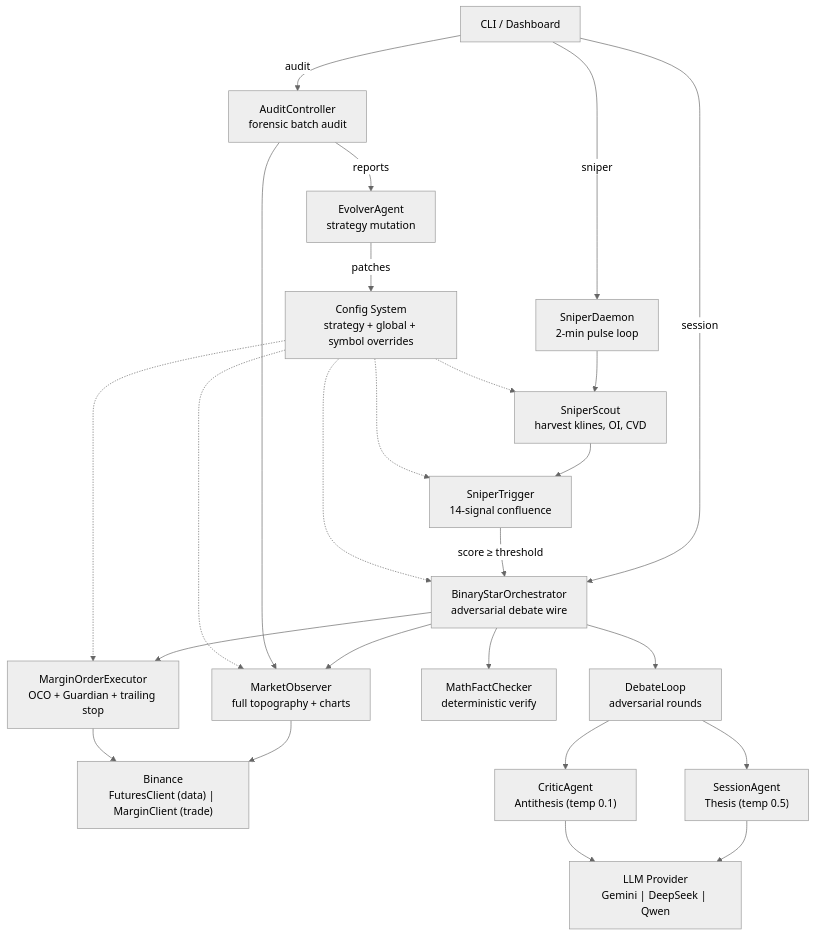
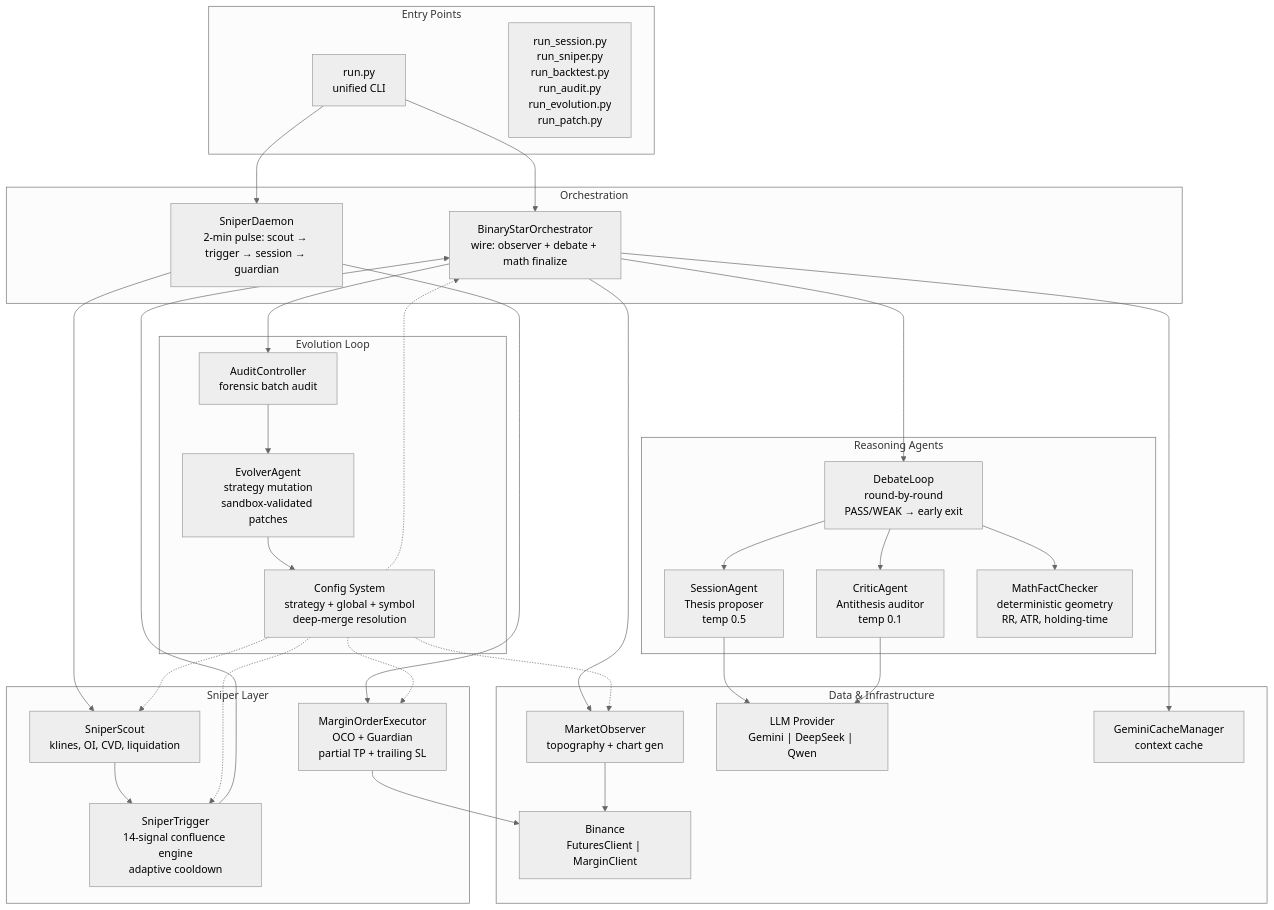
Before and after one commit to jiangyang5157/binary-star: the first of 5 diagrams in README.md, drawn with Mermaid (neutral theme). The commit also changed other lines of this file, not shown here.

````diff
--- a/README.md
+++ b/README.md
@@ -13,34 +11,53 @@
 ```mermaid
-graph TD
-    CLI["CLI / Dashboard"]
+graph TB
+    subgraph Entry["Entry Points"]
+        CLI["run.py<br/>unified CLI"]
+        Standalone["run_session.py<br/>run_sniper.py<br/>run_backtest.py<br/>run_audit.py<br/>run_evolution.py<br/>run_patch.py"]
+    end
 
-    CLI -->|"sniper"| Daemon["SniperDaemon<br/>2-min pulse loop"]
-    CLI -->|"session"| BSO["BinaryStarOrchestrator<br/>adversarial debate wire"]
+    subgraph Orchestration["Orchestration"]
+        BSO["BinaryStarOrchestrator<br/>wire: observer + debate + math finalize"]
+        Daemon["SniperDaemon<br/>2-min pulse: scout → trigger → session → guardian"]
+    end
 
-    Daemon --> Scout["SniperScout<br/>harvest klines, OI, CVD"]
-    Scout --> Trigger["SniperTrigger<br/>14-signal confluence"]
-    Trigger -->|"score ≥ threshold"| BSO
+    subgraph Agents["Reasoning Agents"]
+        SA["SessionAgent<br/>Thesis proposer<br/>temp 0.5"]
+        CA["CriticAgent<br/>Antithesis auditor<br/>temp 0.1"]
+        MFC["MathFactChecker<br/>deterministic geometry<br/>RR, ATR, holding-time"]
+        Debate["DebateLoop<br/>round-by-round<br/>PASS/WEAK → early exit"]
+    end
 
-    BSO --> Observer["MarketObserver<br/>full topography + charts"]
-    Observer --> Exchange["Binance<br/>FuturesClient (data) | MarginClient (trade)"]
+    subgraph Sniper["Sniper Layer"]
+        Scout["SniperScout<br/>klines, OI, CVD, liquidation"]
+        Trigger["SniperTrigger<br/>14-signal confluence engine<br/>adaptive cooldown"]
+        Executor["MarginOrderExecutor<br/>OCO + Guardian<br/>partial TP + trailing SL"]
+    end
 
-    BSO --> Debate["DebateLoop<br/>adversarial rounds"]
-    Debate --> SA["SessionAgent<br/>Thesis (temp 0.5)"]
-    Debate --> CA["CriticAgent<br/>Antithesis (temp 0.1)"]
-    BSO --> MFC["MathFactChecker<br/>deterministic verify"]
-    SA & CA --> AI["LLM Provider<br/>Gemini | DeepSeek | Qwen"]
+    subgraph Data["Data & Infrastructure"]
+        Observer["MarketObserver<br/>topography + chart gen"]
+        Exchange["Binance<br/>FuturesClient | MarginClient"]
+        AI["LLM Provider<br/>Gemini | DeepSeek | Qwen"]
+        Cache["GeminiCacheManager<br/>context cache"]
+    end
 
-    BSO --> Executor["MarginOrderExecutor<br/>OCO + Guardian + trailing stop"]
-    Executor --> Exchange
+    subgraph Evolution["Evolution Loop"]
+        Audit["AuditController<br/>forensic batch audit"]
+        Evolver["EvolverAgent<br/>strategy mutation<br/>sandbox-validated patches"]
+        Config["Config System<br/>strategy + global + symbol<br/>deep-merge resolution"]
+    end
 
-    CLI -->|"audit"| Audit["AuditController<br/>forensic batch audit"]
-    Audit --> Observer
-    Audit -->|"reports"| Evolver["EvolverAgent<br/>strategy mutation"]
-    Evolver -->|"patches"| Config["Config System<br/>strategy + global + symbol overrides"]
-
+    CLI --> BSO
+    CLI --> Daemon
+    Daemon --> Scout --> Trigger --> BSO
+    BSO --> Observer --> Exchange
+    BSO --> Debate --> SA & CA & MFC
+    SA & CA --> AI
+    BSO --> Cache
+    Daemon --> Executor --> Exchange
+    BSO --> Audit --> Evolver --> Config
     Config -.-> Trigger
     Config -.-> Scout
     Config -.-> Observer
     Config -.-> BSO
     Config -.-> Executor
 ```
````
